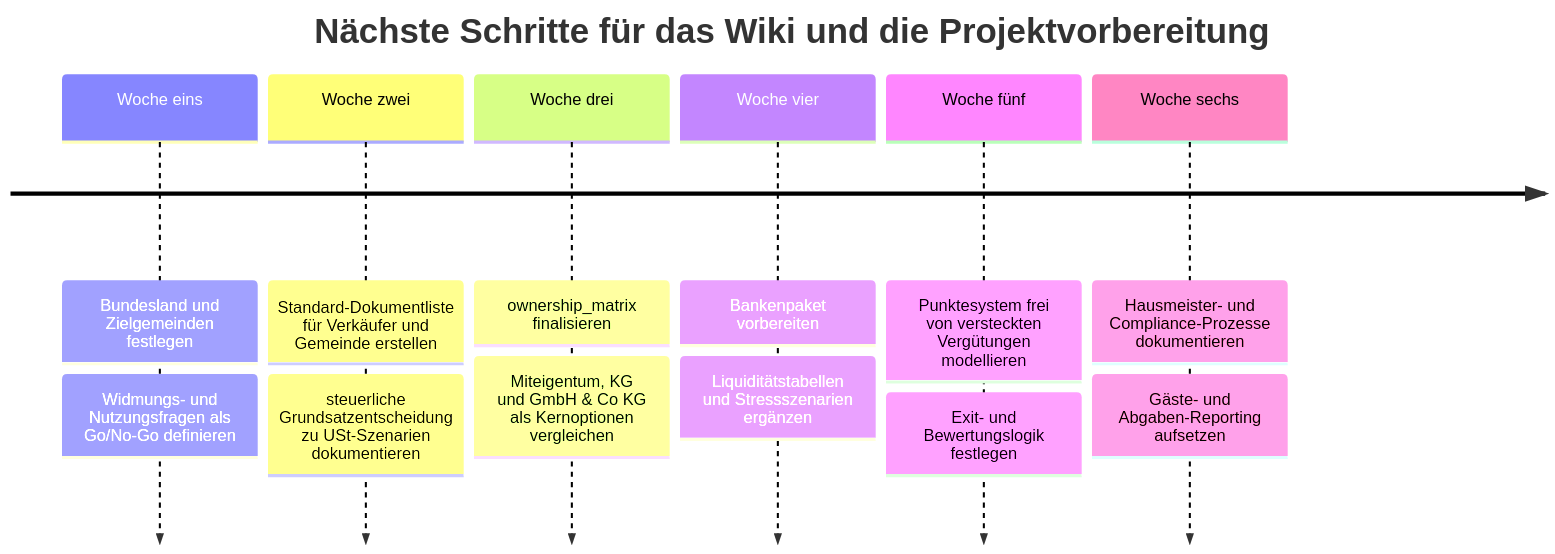
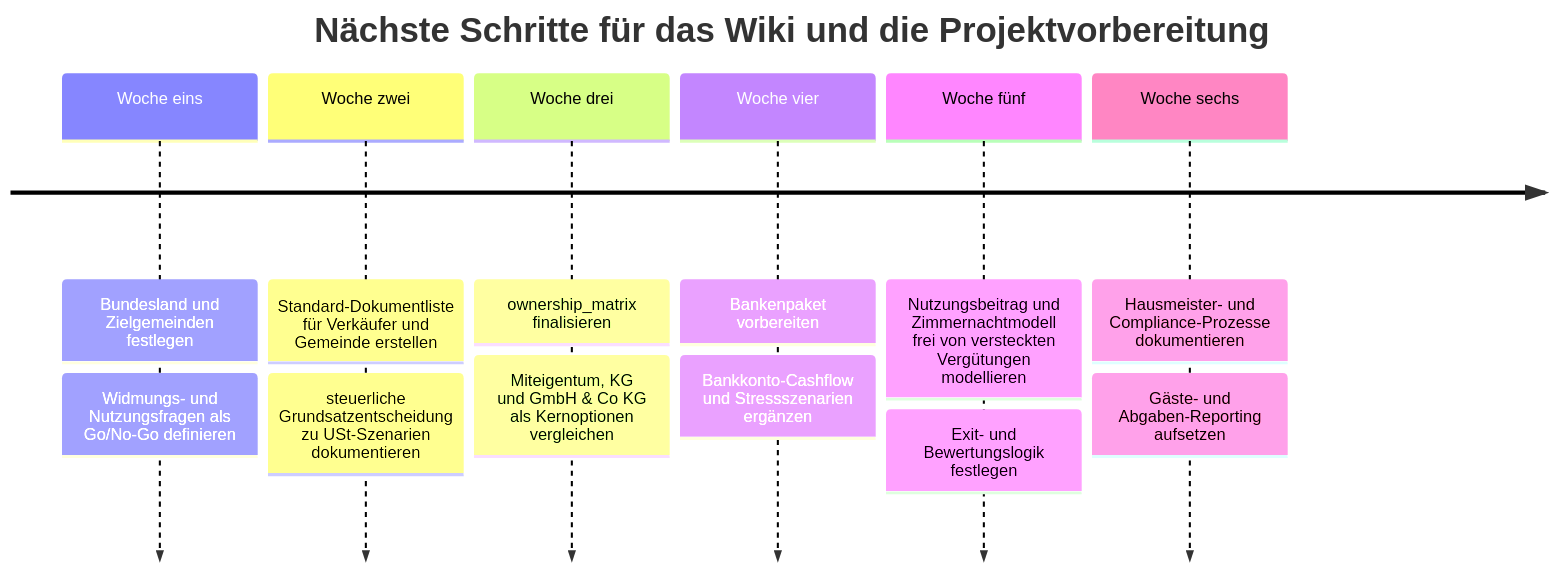
The second of 2 diagrams in wiki/01_overall.md (pdoeble/RenntnerHazienda), drawn with Mermaid before and after one commit. The commit also changed other lines of this file and 7 other files, not shown here.

````diff
--- a/wiki/01_overall.md
+++ b/wiki/01_overall.md
@@ -282,16 +289,16 @@
 ```mermaid
 timeline
     title Nächste Schritte für das Wiki und die Projektvorbereitung
     Woche eins : Bundesland und Zielgemeinden festlegen
                : Widmungs- und Nutzungsfragen als Go/No-Go definieren
     Woche zwei : Standard-Dokumentliste für Verkäufer und Gemeinde erstellen
                : steuerliche Grundsatzentscheidung zu USt-Szenarien dokumentieren
     Woche drei : ownership_matrix finalisieren
                 : Miteigentum, KG und GmbH & Co KG als Kernoptionen vergleichen
     Woche vier : Bankenpaket vorbereiten
-                : Liquiditätstabellen und Stressszenarien ergänzen
-    Woche fünf : Punktesystem frei von versteckten Vergütungen modellieren
+                : Bankkonto-Cashflow und Stressszenarien ergänzen
+    Woche fünf : Nutzungsbeitrag und Zimmernachtmodell frei von versteckten Vergütungen modellieren
                 : Exit- und Bewertungslogik festlegen
     Woche sechs : Hausmeister- und Compliance-Prozesse dokumentieren
                 : Gäste- und Abgaben-Reporting aufsetzen
 ```
````
